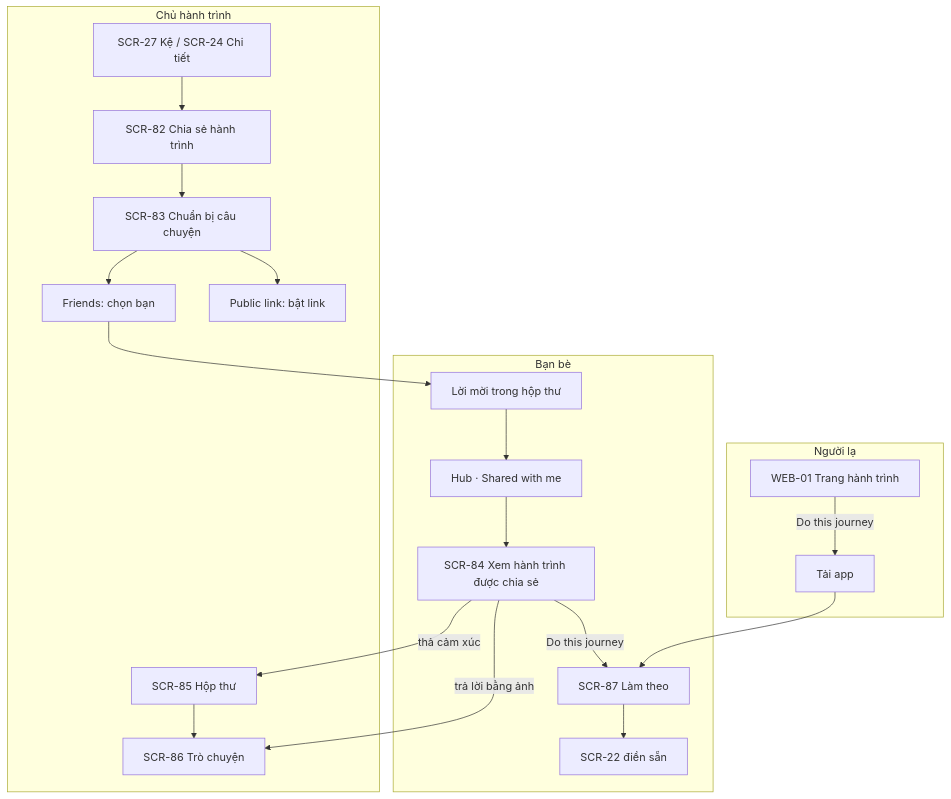
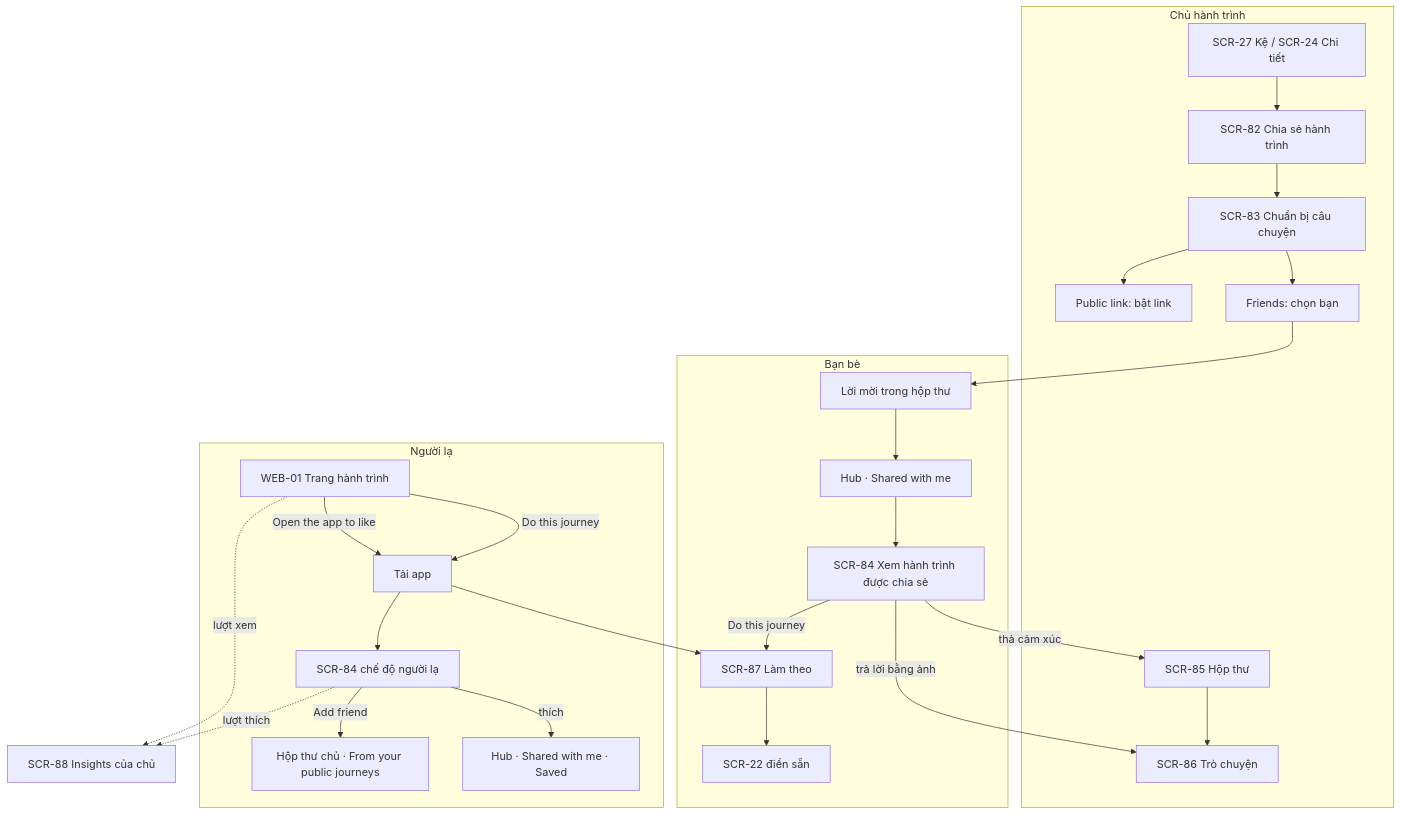
The diagram in docs/09-journey-sharing.md (hofang42/Ourney), drawn with Mermaid before and after one commit. The commit also changed other lines of this file and 2 other files, not shown here.

First line of the commit message:
docs: add public journey insights and stranger reactions (S19-S28)

````diff
--- a/docs/09-journey-sharing.md
+++ b/docs/09-journey-sharing.md
@@ -44,20 +60,26 @@
 ```mermaid
 flowchart TD
   subgraph Chủ hành trình
     SH[SCR-27 Kệ / SCR-24 Chi tiết] --> SS[SCR-82 Chia sẻ hành trình]
     SS --> PREP[SCR-83 Chuẩn bị câu chuyện]
     PREP --> FR[Friends: chọn bạn] & PL[Public link: bật link]
     INBOX[SCR-85 Hộp thư] --> CHAT[SCR-86 Trò chuyện]
   end
   subgraph Bạn bè
     NOTI[Lời mời trong hộp thư] --> SWM[Hub · Shared with me]
     SWM --> VIEW[SCR-84 Xem hành trình được chia sẻ]
     VIEW -- thả cảm xúc --> INBOX
     VIEW -- trả lời bằng ảnh --> CHAT
     VIEW -- Do this journey --> FOLLOW[SCR-87 Làm theo] --> SETUP[SCR-22 điền sẵn]
   end
   subgraph Người lạ
     LINK[WEB-01 Trang hành trình] -- Do this journey --> STORE[Tải app] --> FOLLOW
+    LINK -- Open the app to like --> STORE
+    STORE --> SVIEW2[SCR-84 chế độ người lạ]
+    SVIEW2 -- thích --> SAVED[Hub · Shared with me · Saved]
+    SVIEW2 -- Add friend --> REQ[Hộp thư chủ · From your public journeys]
   end
   FR --> NOTI
+  LINK -. lượt xem .-> INS[SCR-88 Insights của chủ]
+  SVIEW2 -. lượt thích .-> INS
 ```
````
